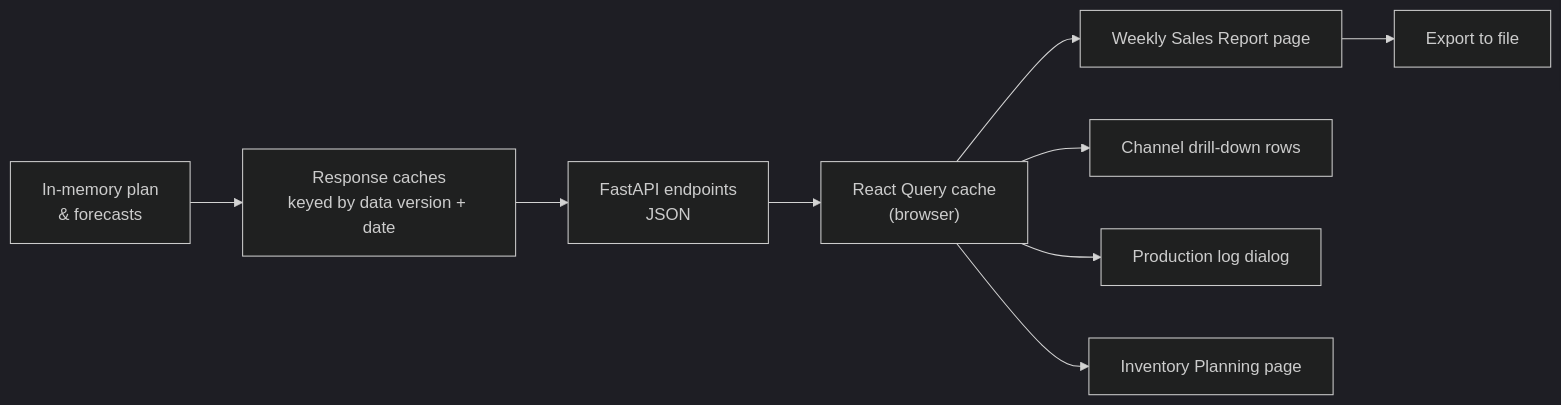
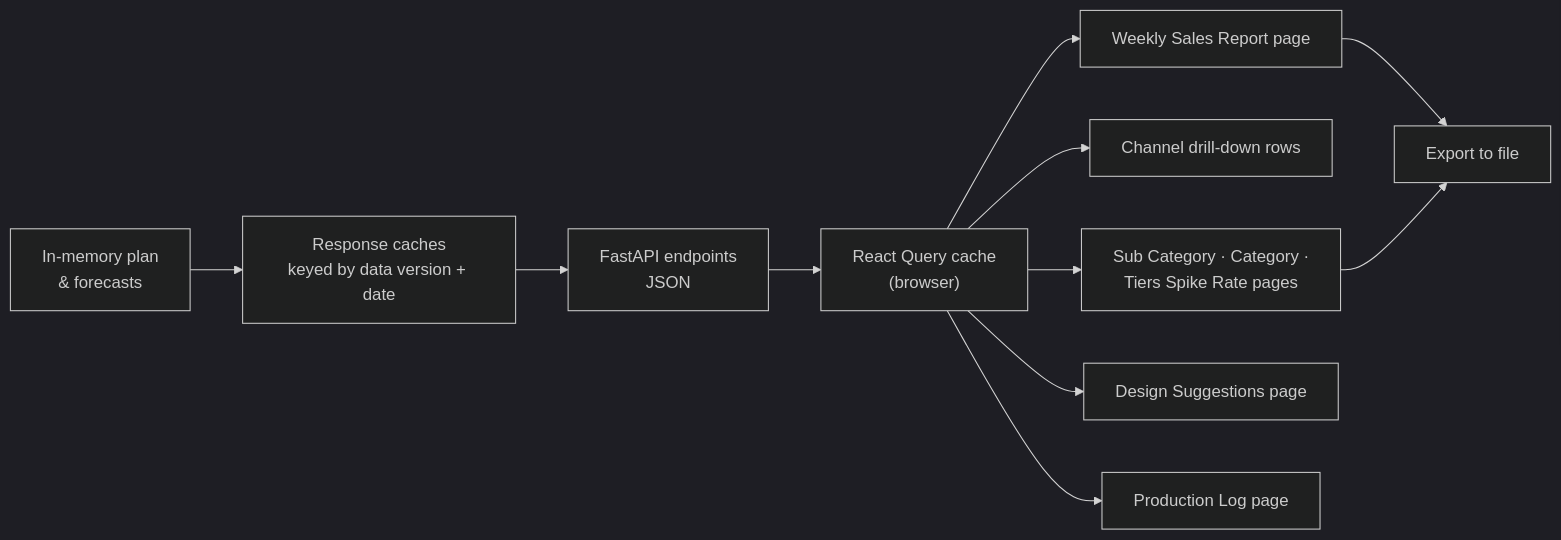
Diagram 23 of 30 in README.md (orlindatabase-lang/Demand-Forecasting), drawn with Mermaid (dark theme) before and after one commit. The commit also changed other lines of this file and 39 other files, not shown here.

````diff
--- a/README.md
+++ b/README.md
@@ -881,11 +963,13 @@
 ```mermaid
 flowchart LR
     MEM["In-memory plan<br/>& forecasts"] --> CACHE["Response caches<br/>keyed by data version + date"]
     CACHE --> API["FastAPI endpoints<br/>JSON"]
     API --> RQ["React Query cache<br/>(browser)"]
     RQ --> W["Weekly Sales Report page"]
     RQ --> C["Channel drill-down rows"]
-    RQ --> PL["Production log dialog"]
-    RQ --> INV["Inventory Planning page"]
+    RQ --> CA["Sub Category · Category ·<br/>Tiers Spike Rate pages"]
+    RQ --> DS["Design Suggestions page"]
+    RQ --> PL["Production Log page"]
     W --> EXP["Export to file"]
+    CA --> EXP
 ```
````
